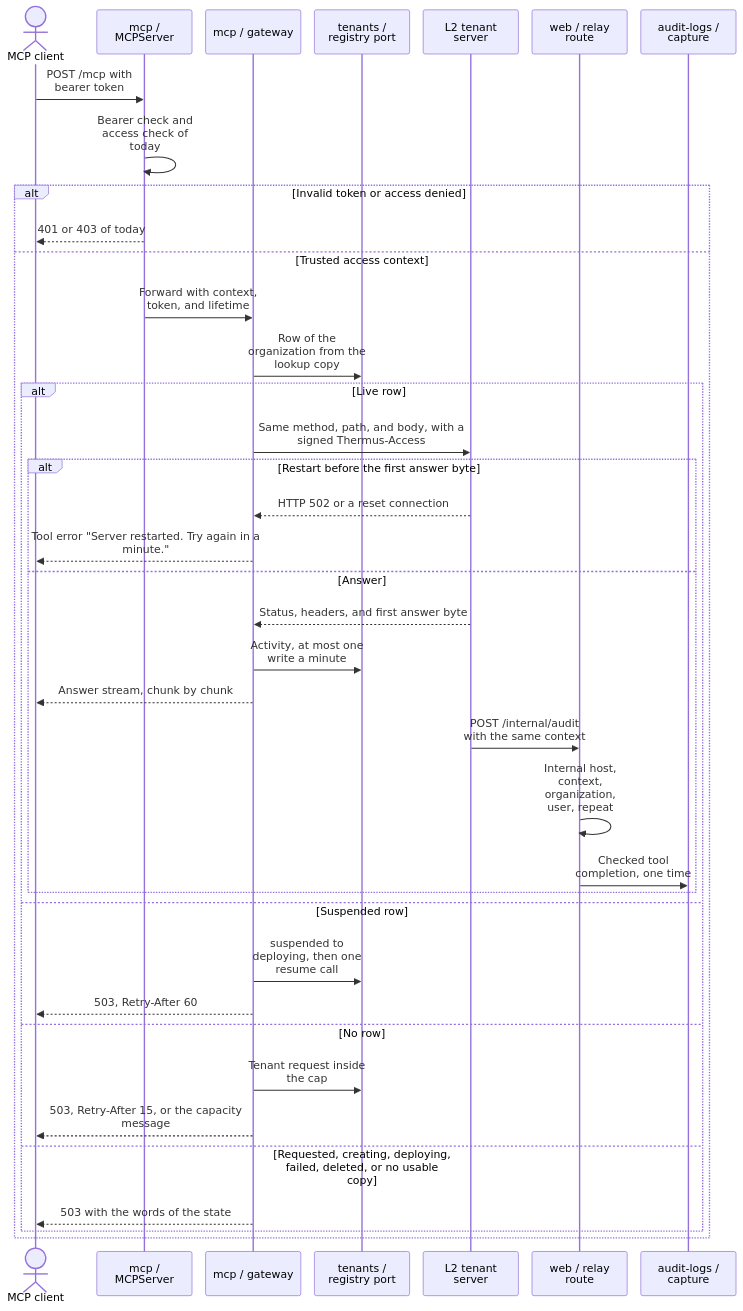
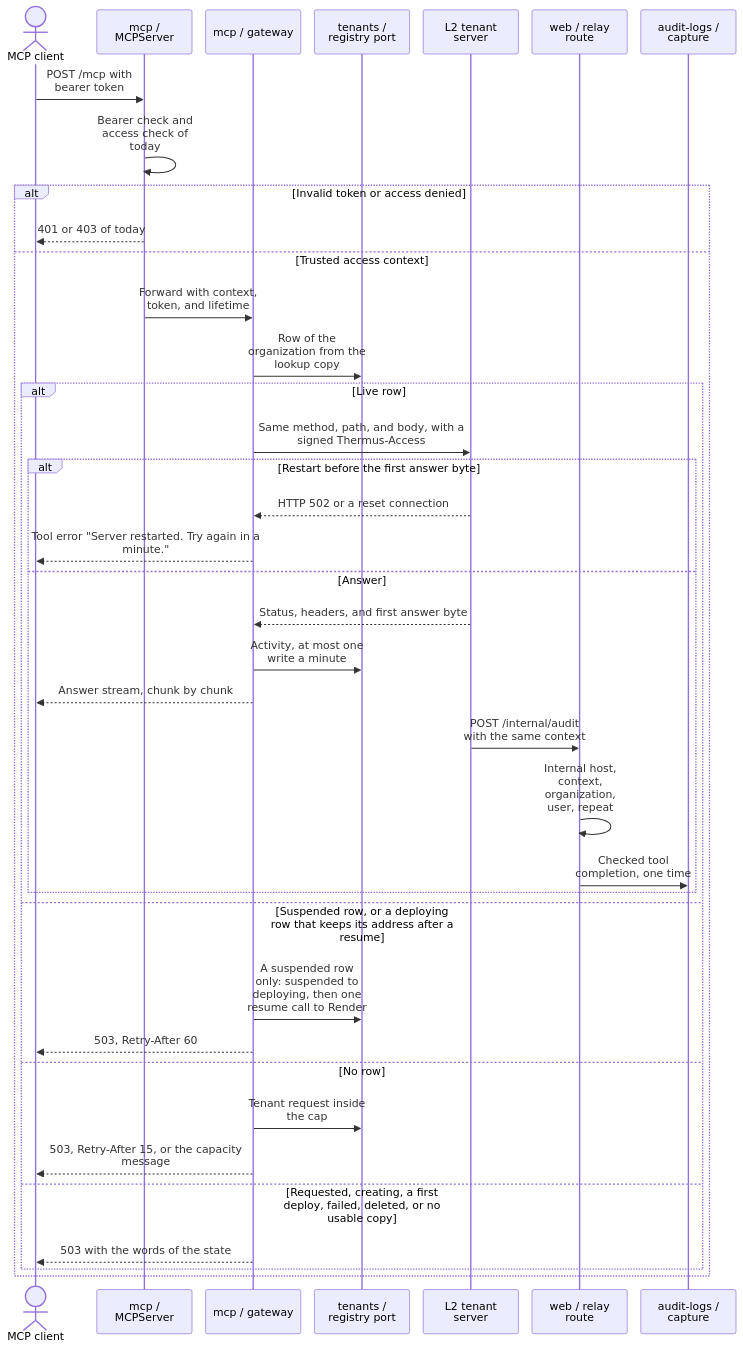
Diagram 15 of 24 in architecture/components.md (tomer-mayara/Thermus), drawn with Mermaid before and after one commit. The commit also changed other lines of this file and 74 other files, not shown here.

First line of the commit message:
Suspend idle free tenants and resume them on the next call (SO-10) (#295)

````diff
--- a/architecture/components.md
+++ b/architecture/components.md
@@ -1308,41 +1326,41 @@
 ```mermaid
 %%{init: {"sequence": {"wrap": true, "actorMargin": 20, "width": 140}}}%%
 sequenceDiagram
   actor Client as MCP client
   participant MCP as mcp / MCPServer
   participant Gateway as mcp / gateway
   participant Registry as tenants / registry port
   participant Tenant as L2 tenant server
   participant Relay as web / relay route
   participant Audit as audit-logs / capture
   Client->>MCP: POST /mcp with bearer token
   MCP->>MCP: Bearer check and access check of today
   alt Invalid token or access denied
     MCP-->>Client: 401 or 403 of today
   else Trusted access context
     MCP->>Gateway: Forward with context, token, and lifetime
     Gateway->>Registry: Row of the organization from the lookup copy
     alt Live row
       Gateway->>Tenant: Same method, path, and body, with a signed Thermus-Access
       alt Restart before the first answer byte
         Tenant-->>Gateway: HTTP 502 or a reset connection
         Gateway-->>Client: Tool error "Server restarted. Try again in a minute."
       else Answer
         Tenant-->>Gateway: Status, headers, and first answer byte
         Gateway->>Registry: Activity, at most one write a minute
         Gateway-->>Client: Answer stream, chunk by chunk
         Tenant->>Relay: POST /internal/audit with the same context
         Relay->>Relay: Internal host, context, organization, user, repeat
         Relay->>Audit: Checked tool completion, one time
       end
-    else Suspended row
-      Gateway->>Registry: suspended to deploying, then one resume call
+    else Suspended row, or a deploying row that keeps its address after a resume
+      Gateway->>Registry: A suspended row only: suspended to deploying, then one resume call to Render
       Gateway-->>Client: 503, Retry-After 60
     else No row
       Gateway->>Registry: Tenant request inside the cap
       Gateway-->>Client: 503, Retry-After 15, or the capacity message
-    else Requested, creating, deploying, failed, deleted, or no usable copy
+    else Requested, creating, a first deploy, failed, deleted, or no usable copy
       Gateway-->>Client: 503 with the words of the state
     end
   end
 ```
````
